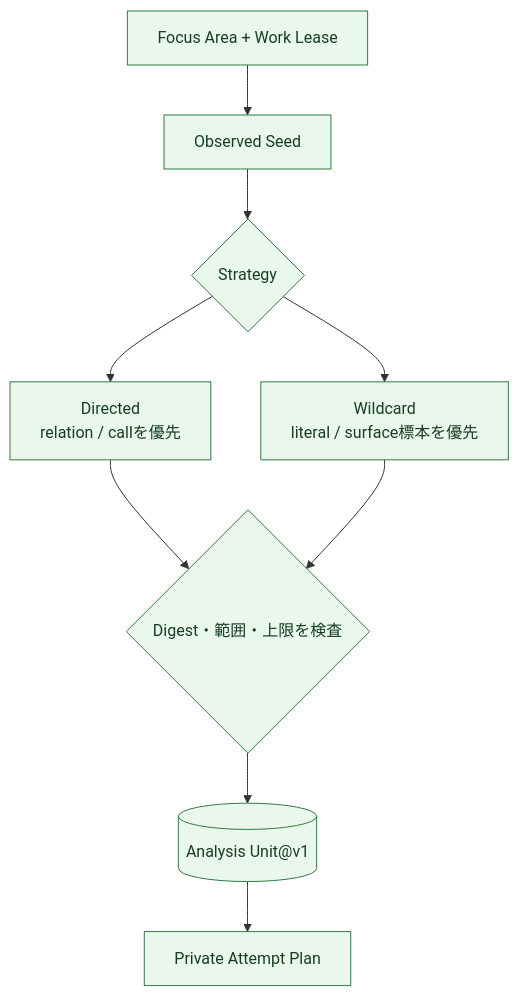
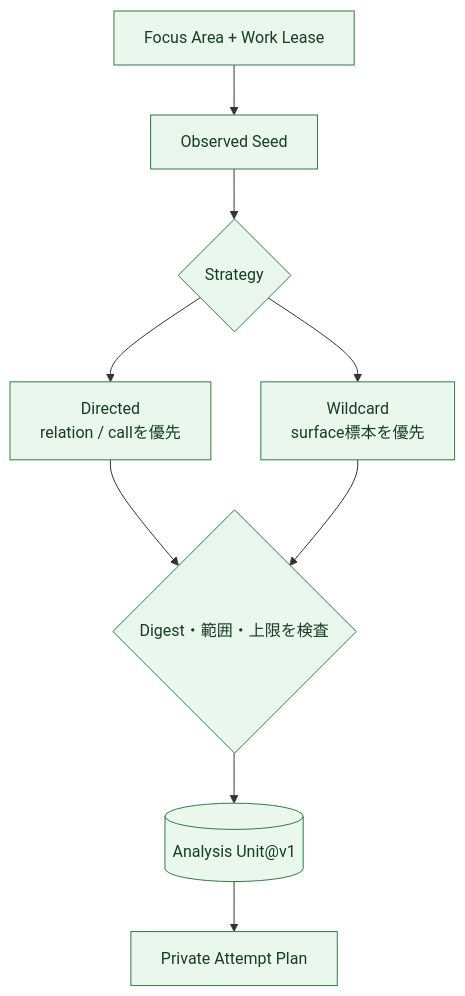
The fourth of 7 diagrams in docs/design/architecture/exploration-agent-architecture.md (momoponwork1415-lgtm/wordpress-harness), drawn with Mermaid before and after one commit. The commit also changed other lines of this file and 12 other files, not shown here.

````diff
--- a/docs/design/architecture/exploration-agent-architecture.md
+++ b/docs/design/architecture/exploration-agent-architecture.md
@@ -143,19 +152,19 @@
 ```mermaid
 flowchart TB
     assignment["Focus Area + Work Lease"]
     seed["Observed Seed"]
     choose{"Strategy"}
     directed["Directed<br/>relation / callを優先"]
-    wildcard["Wildcard<br/>literal / surface標本を優先"]
+    wildcard["Wildcard<br/>surface標本を優先"]
     bind{"Digest・範囲・上限を検査"}
     unit[("Analysis Unit@v1")]
     prompt["Private Attempt Plan"]
 
     assignment --> seed --> choose
     choose --> directed --> bind
     choose --> wildcard --> bind
     bind --> unit --> prompt
 
     classDef done fill:#e9f7ed,stroke:#337a46,color:#173d22;
     class assignment,seed,choose,directed,wildcard,bind,unit,prompt done;
 ```
````
